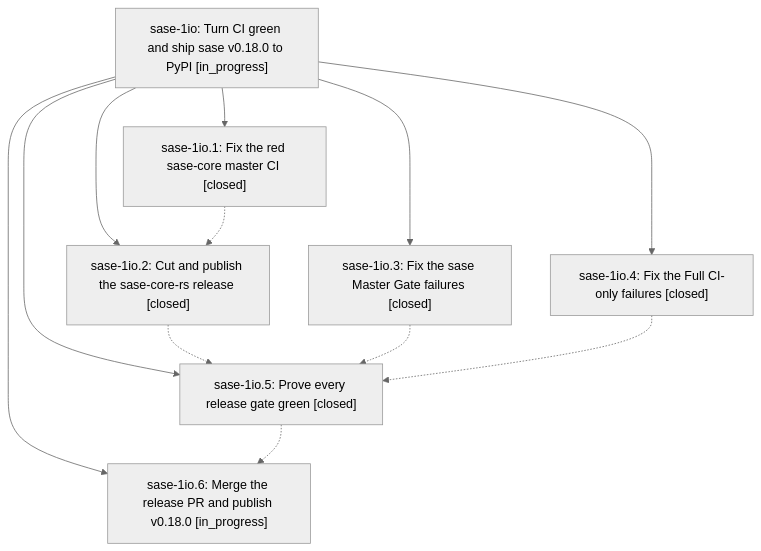
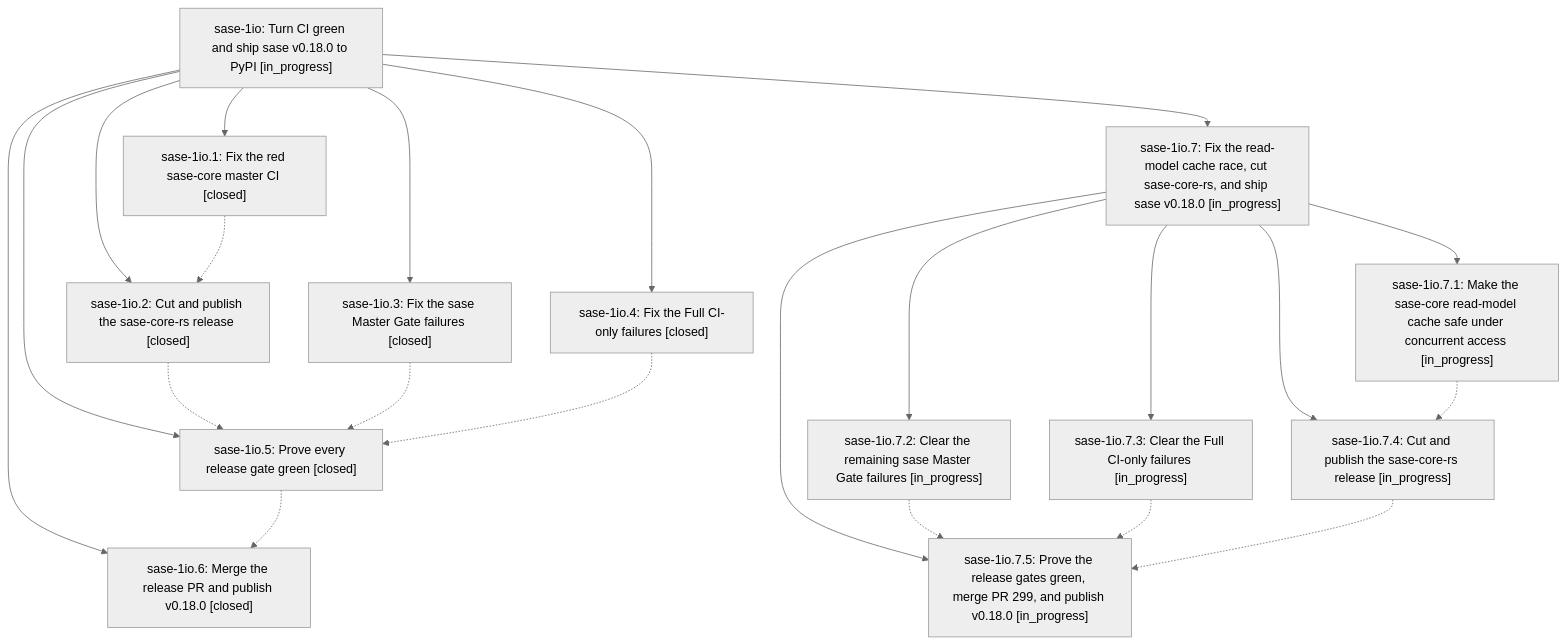
One commit to sase-org/sase--beads changed the diagram in pages/sase-1io/README.md. Above: the diagram before and after it, drawn with Mermaid (neutral theme). The commit also changed other lines of this file and 12 other files, not shown here.

````diff
--- a/pages/sase-1io/README.md
+++ b/pages/sase-1io/README.md
@@ -41,21 +45,37 @@
 ```mermaid
 flowchart TD
     n0["sase-1io: Turn CI green and ship sase v0.18.0 to PyPI [in_progress]"]
     n1["sase-1io.1: Fix the red sase-core master CI [closed]"]
     n2["sase-1io.2: Cut and publish the sase-core-rs release [closed]"]
     n3["sase-1io.3: Fix the sase Master Gate failures [closed]"]
     n4["sase-1io.4: Fix the Full CI-only failures [closed]"]
     n5["sase-1io.5: Prove every release gate green [closed]"]
-    n6["sase-1io.6: Merge the release PR and publish v0.18.0 [in_progress]"]
+    n6["sase-1io.6: Merge the release PR and publish v0.18.0 [closed]"]
+    n7["sase-1io.7: Fix the read-model cache race, cut sase-core-rs, and ship sase v0.18.0 [in_progress]"]
+    n8["sase-1io.7.1: Make the sase-core read-model cache safe under concurrent access [in_progress]"]
+    n9["sase-1io.7.2: Clear the remaining sase Master Gate failures [in_progress]"]
+    n10["sase-1io.7.3: Clear the Full CI-only failures [in_progress]"]
+    n11["sase-1io.7.4: Cut and publish the sase-core-rs release [in_progress]"]
+    n12["sase-1io.7.5: Prove the release gates green, merge PR 299, and publish v0.18.0 [in_progress]"]
     n0 --> n1
     n0 --> n2
     n0 --> n3
     n0 --> n4
     n0 --> n5
     n0 --> n6
+    n0 --> n7
+    n7 --> n8
+    n7 --> n9
+    n7 --> n10
+    n7 --> n11
+    n7 --> n12
     n1 -.-> n2
     n2 -.-> n5
     n3 -.-> n5
     n4 -.-> n5
     n5 -.-> n6
+    n8 -.-> n11
+    n9 -.-> n12
+    n10 -.-> n12
+    n11 -.-> n12
 ```
````
